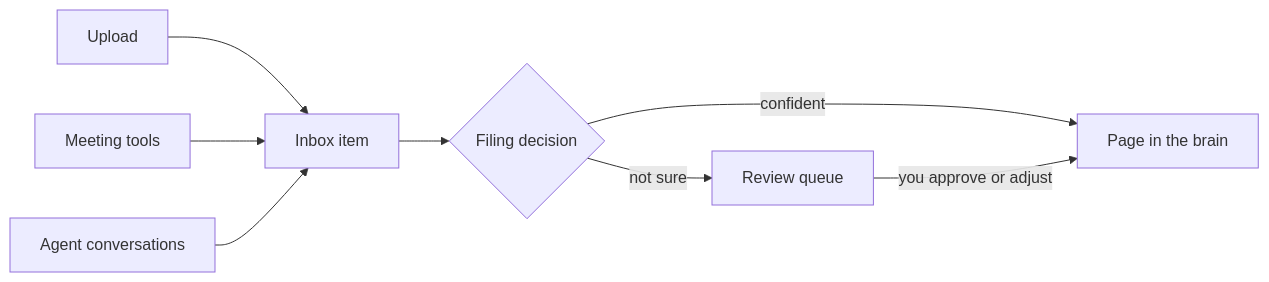
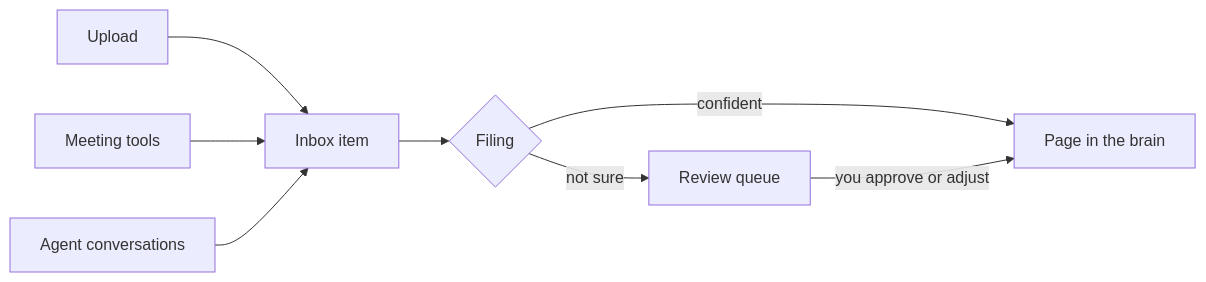
Before and after one commit to Harlowhair/documentation: the diagram in capture/the-inbox.mdx, drawn with Mermaid. The commit also changed other lines of this file and 41 other files, not shown here.

````diff
--- a/capture/the-inbox.mdx
+++ b/capture/the-inbox.mdx
@@ -11,10 +10,10 @@
 ```mermaid
 flowchart LR
     U[Upload] --> I[Inbox item]
     M[Meeting tools] --> I
     A[Agent conversations] --> I
-    I --> F{Filing decision}
+    I --> F{Filing}
     F -->|confident| P[Page in the brain]
     F -->|not sure| R[Review queue]
     R -->|you approve or adjust| P
 ```
````
